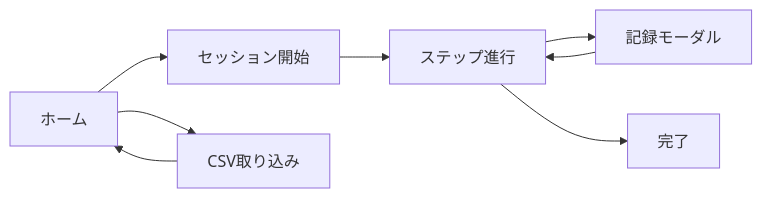
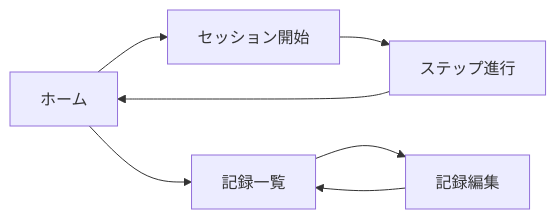
One commit to h-sakanet/capd_navi changed the diagram in docs/requirements/06_ui_wireframes_ab.md. Above: the diagram before and after it, drawn with Mermaid. The commit also changed other lines of this file and 62 other files, not shown here.

````diff
--- a/docs/requirements/06_ui_wireframes_ab.md
+++ b/docs/requirements/06_ui_wireframes_ab.md
@@ -15,10 +18,9 @@
 ```mermaid
 flowchart LR
   H[ホーム] --> S[セッション開始]
+  H --> L[記録一覧]
+  L --> E[記録編集]
+  E --> L
   S --> P[ステップ進行]
-  P --> R[記録モーダル]
-  R --> P
-  P --> C[完了]
-  H --> I[CSV取り込み]
-  I --> H
+  P --> H
 ```
````
